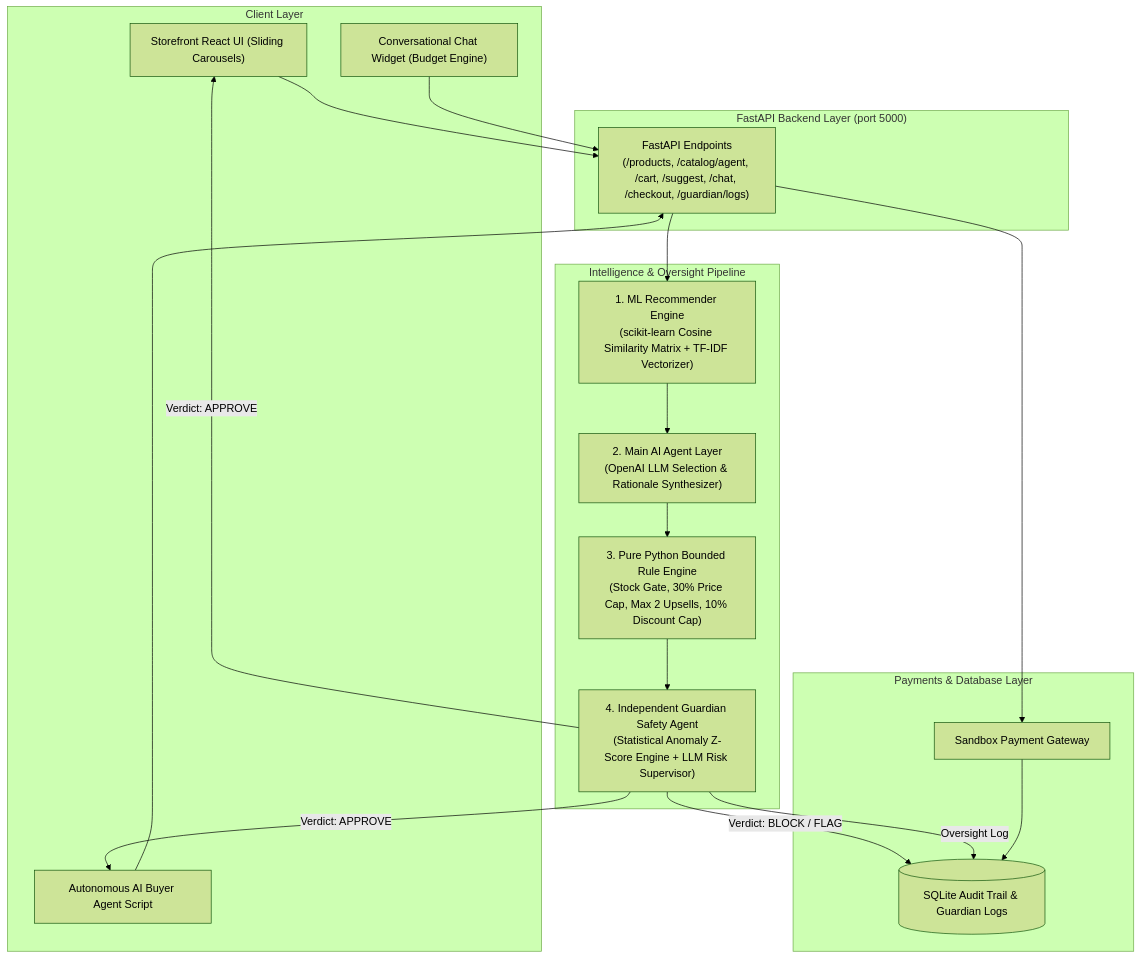
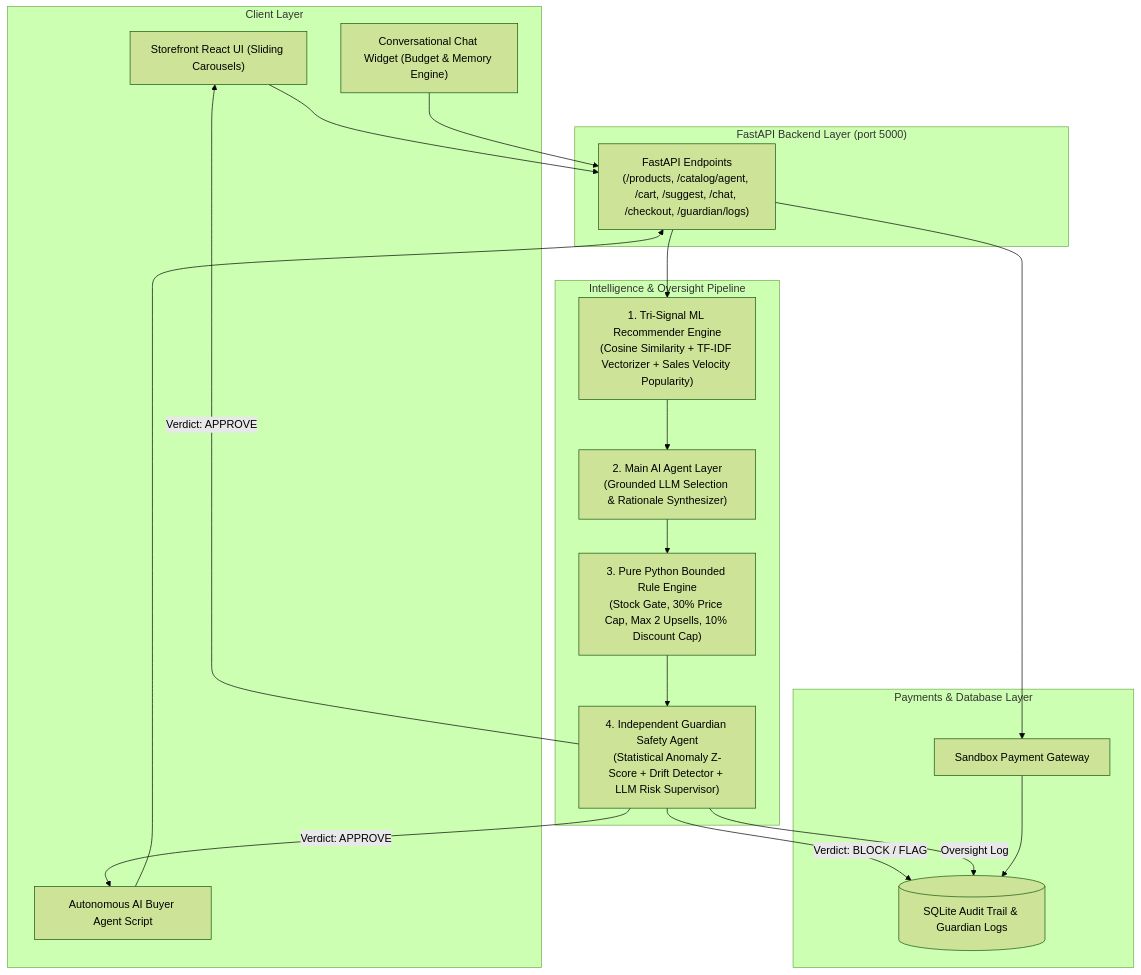
Before and after one commit to Shruti843989/SellSense: the diagram in README.md, drawn with Mermaid (forest theme). The commit also changed other lines of this file and 15 other files, not shown here.

Commit message:
Added Guardian safety features

````diff
--- a/README.md
+++ b/README.md
@@ -10,41 +10,41 @@
 ```mermaid
 flowchart TD
     subgraph Clients["Client Layer"]
         FE["Storefront React UI (Sliding Carousels)"]
-        CHAT["Conversational Chat Widget (Budget Engine)"]
+        CHAT["Conversational Chat Widget (Budget & Memory Engine)"]
         BUYER["Autonomous AI Buyer Agent Script"]
     end
 
     subgraph API["FastAPI Backend Layer (port 5000)"]
         EP["FastAPI Endpoints<br/>(/products, /catalog/agent, /cart, /suggest, /chat, /checkout, /guardian/logs)"]
     end
 
     subgraph Pipeline["Intelligence & Oversight Pipeline"]
-        ML["1. ML Recommender Engine<br/>(scikit-learn Cosine Similarity Matrix + TF-IDF Vectorizer)"]
-        AGENT["2. Main AI Agent Layer<br/>(OpenAI LLM Selection & Rationale Synthesizer)"]
+        ML["1. Tri-Signal ML Recommender Engine<br/>(Cosine Similarity + TF-IDF Vectorizer + Sales Velocity Popularity)"]
+        AGENT["2. Main AI Agent Layer<br/>(Grounded LLM Selection & Rationale Synthesizer)"]
         RULES["3. Pure Python Bounded Rule Engine<br/>(Stock Gate, 30% Price Cap, Max 2 Upsells, 10% Discount Cap)"]
-        GUARDIAN["4. Independent Guardian Safety Agent<br/>(Statistical Anomaly Z-Score Engine + LLM Risk Supervisor)"]
+        GUARDIAN["4. Independent Guardian Safety Agent<br/>(Statistical Anomaly Z-Score + Drift Detector + LLM Risk Supervisor)"]
     end
 
     subgraph External["Payments & Database Layer"]
         RZP["Sandbox Payment Gateway"]
         DB[(SQLite Audit Trail & Guardian Logs)]
     end
 
     FE --> EP
     CHAT --> EP
     BUYER --> EP
 
     EP --> ML
     ML --> AGENT
     AGENT --> RULES
     RULES --> GUARDIAN
 
     GUARDIAN -->|Verdict: APPROVE| FE
     GUARDIAN -->|Verdict: APPROVE| BUYER
     GUARDIAN -->|Verdict: BLOCK / FLAG| DB
     GUARDIAN -->|Oversight Log| DB
 
     EP --> RZP
     RZP --> DB
 ```
````
